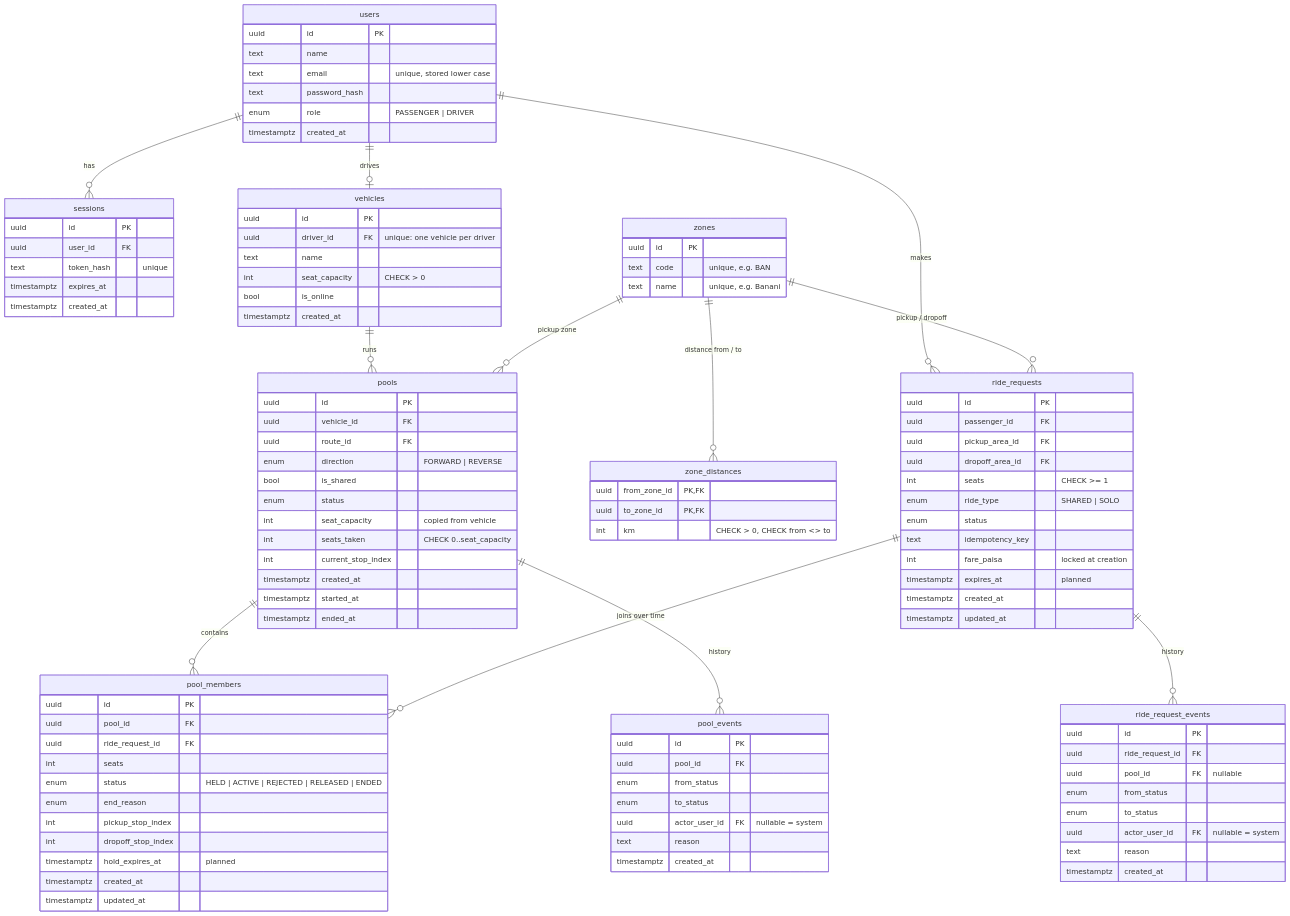
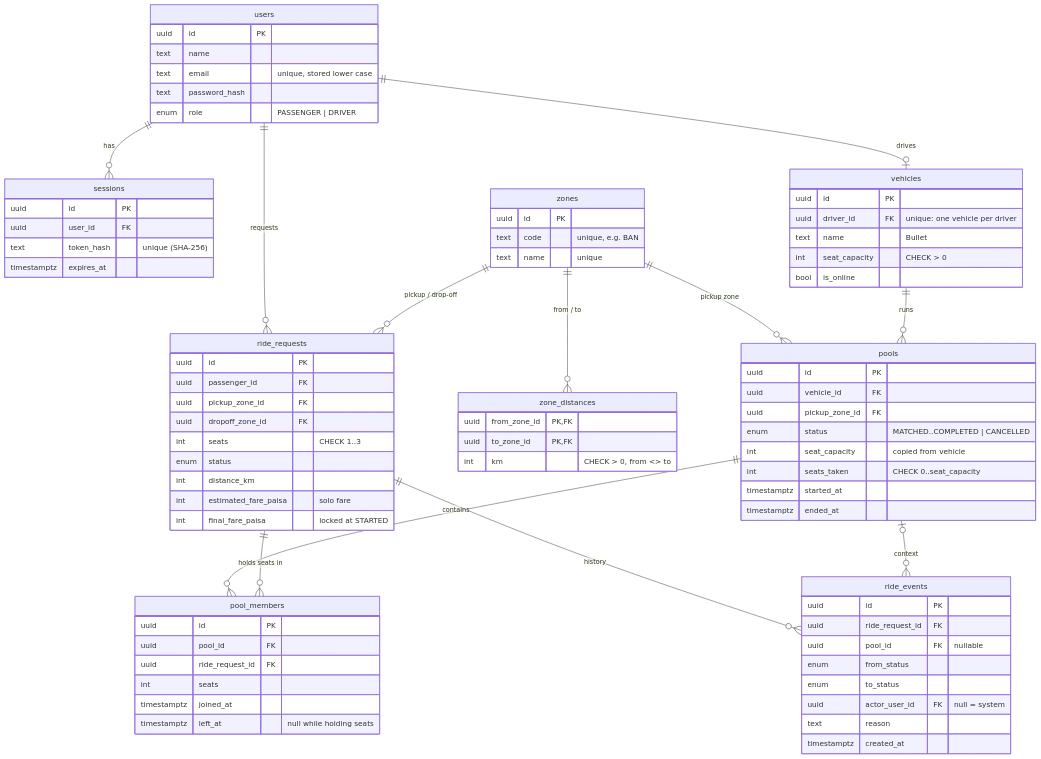
The diagram in docs/erd.md (istiak133/Tesla), drawn with Mermaid before and after one commit. The commit also changed other lines of this file and 2 other files, not shown here.

Commit message:
docs(pool): document ride endpoints, schema and concurrency notes

```diff
--- a/docs/erd.md
+++ b/docs/erd.md
@@ -9,15 +7,15 @@
 erDiagram
     users ||--o{ sessions : has
     users ||--o| vehicles : drives
-    users ||--o{ ride_requests : makes
-    zones ||--o{ zone_distances : "distance from / to"
-    zones ||--o{ ride_requests : "pickup / dropoff"
+    users ||--o{ ride_requests : requests
+    zones ||--o{ zone_distances : "from / to"
+    zones ||--o{ ride_requests : "pickup / drop-off"
+    zones ||--o{ pools : "pickup zone"
     vehicles ||--o{ pools : runs
-    zones ||--o{ pools : "pickup zone"
     pools ||--o{ pool_members : contains
-    ride_requests ||--o{ pool_members : "joins over time"
-    ride_requests ||--o{ ride_request_events : history
-    pools ||--o{ pool_events : history
+    ride_requests ||--o{ pool_members : "holds seats in"
+    ride_requests ||--o{ ride_events : history
+    pools |o--o{ ride_events : "context"
 
     users {
         uuid id PK
@@ -25,90 +23,66 @@
         text email "unique, stored lower case"
         text password_hash
         enum role "PASSENGER | DRIVER"
-        timestamptz created_at
     }
     sessions {
         uuid id PK
         uuid user_id FK
-        text token_hash "unique"
+        text token_hash "unique (SHA-256)"
         timestamptz expires_at
-        timestamptz created_at
     }
     vehicles {
         uuid id PK
         uuid driver_id FK "unique: one vehicle per driver"
-        text name
+        text name "Bullet"
         int seat_capacity "CHECK > 0"
         bool is_online
-        timestamptz created_at
     }
     zones {
         uuid id PK
         text code "unique, e.g. BAN"
-        text name "unique, e.g. Banani"
+        text name "unique"
     }
     zone_distances {
         uuid from_zone_id PK, FK
         uuid to_zone_id PK, FK
-        int km "CHECK > 0, CHECK from <> to"
+        int km "CHECK > 0, from <> to"
+    }
+    pools {
+        uuid id PK
+        uuid vehicle_id FK
+        uuid pickup_zone_id FK
+        enum status "MATCHED..COMPLETED | CANCELLED"
+        int seat_capacity "copied from vehicle"
+        int seats_taken "CHECK 0..seat_capacity"
+        timestamptz started_at
+        timestamptz ended_at
     }
     ride_requests {
         uuid id PK
         uuid passenger_id FK
-        uuid pickup_area_id FK
-        uuid dropoff_area_id FK
-        int seats "CHECK >= 1"
-        enum ride_type "SHARED | SOLO"
+        uuid pickup_zone_id FK
+        uuid dropoff_zone_id FK
+        int seats "CHECK 1..3"
         enum status
-        text idempotency_key
-        int fare_paisa "locked at creation"
-        timestamptz expires_at "planned"
-        timestamptz created_at
-        timestamptz updated_at
-    }
-    pools {
-        uuid id PK
-        uuid vehicle_id FK
-        uuid route_id FK
-        enum direction "FORWARD | REVERSE"
-        bool is_shared
-        enum status
-        int seat_capacity "copied from vehicle"
-        int seats_taken "CHECK 0..seat_capacity"
-        int current_stop_index
-        timestamptz created_at
-        timestamptz started_at
-        timestamptz ended_at
+        int distance_km
+        int estimated_fare_paisa "solo fare"
+        int final_fare_paisa "locked at STARTED"
     }
     pool_members {
         uuid id PK
         uuid pool_id FK
         uuid ride_request_id FK
         int seats
-        enum status "HELD | ACTIVE | REJECTED | RELEASED | ENDED"
-        enum end_reason
-        int pickup_stop_index
-        int dropoff_stop_index
-        timestamptz hold_expires_at "planned"
-        timestamptz created_at
-        timestamptz updated_at
+        timestamptz joined_at
+        timestamptz left_at "null while holding seats"
     }
-    ride_request_events {
+    ride_events {
         uuid id PK
         uuid ride_request_id FK
         uuid pool_id FK "nullable"
         enum from_status
         enum to_status
-        uuid actor_user_id FK "nullable = system"
-        text reason
-        timestamptz created_at
-    }
-    pool_events {
-        uuid id PK
-        uuid pool_id FK
-        enum from_status
-        enum to_status
-        uuid actor_user_id FK "nullable = system"
+        uuid actor_user_id FK "null = system"
         text reason
         timestamptz created_at
     }
```
